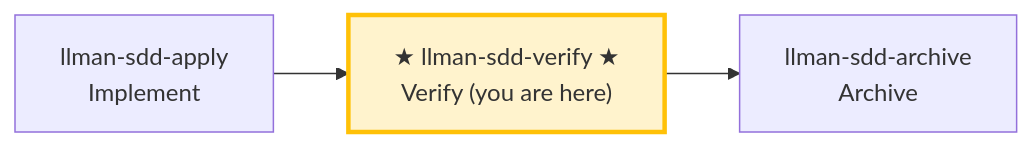
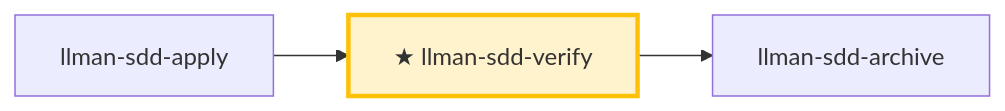
One commit to StrayDragon/dapz changed the diagram in .agents/skills/llman-sdd-verify/SKILL.md. Above: the diagram before and after it, drawn with Mermaid. The commit also changed other lines of this file and 12 other files, not shown here.

First line of the commit message:
chore(skills): refresh llman-sdd skills to 0.5.0 official templates (init --update)

````diff
--- a/.agents/skills/llman-sdd-verify/SKILL.md
+++ b/.agents/skills/llman-sdd-verify/SKILL.md
@@ -19,8 +14,7 @@
 ```mermaid
 flowchart LR
-    apply["llman-sdd-apply<br/>Implement"] --> verify
-    verify["★ llman-sdd-verify ★<br/>Verify (you are here)"]
-    verify --> archive["llman-sdd-archive<br/>Archive"]
+    apply["llman-sdd-apply"] --> verify["★ llman-sdd-verify"]
+    verify --> archive["llman-sdd-archive"]
 
     style verify fill:#fff3cd,stroke:#ffc107,stroke-width:3px
 ```
````
